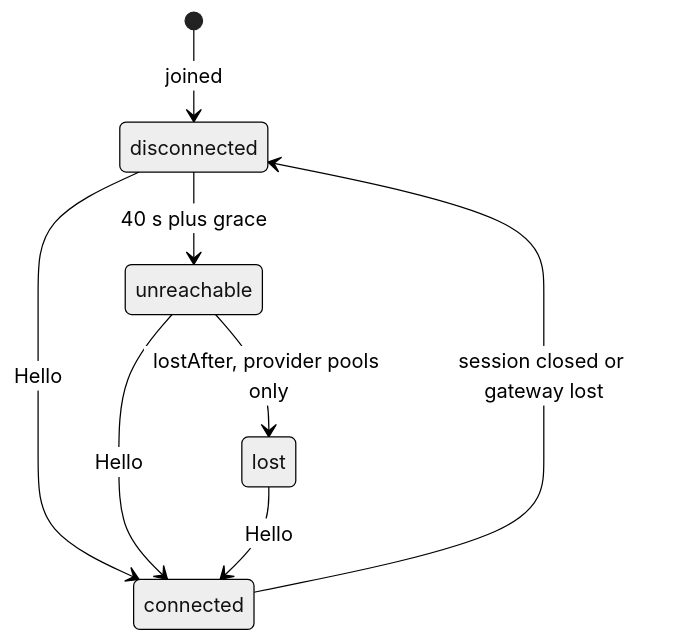
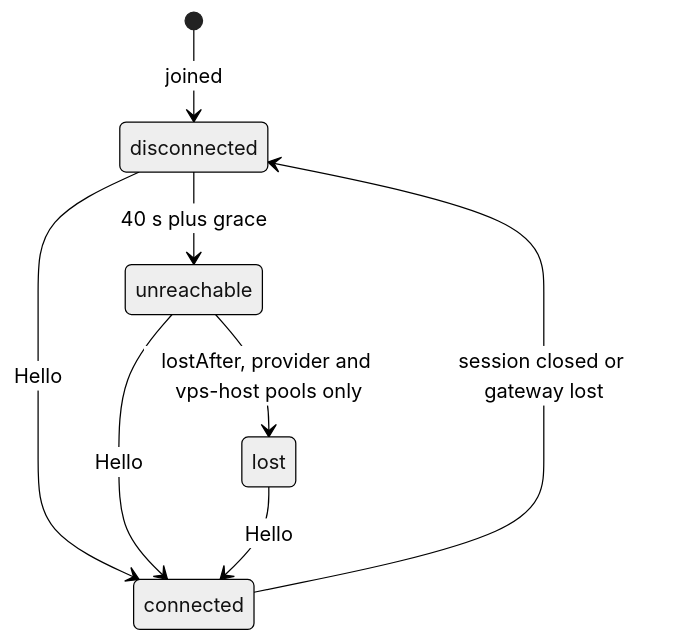
The diagram in apps/docs/content/docs/guides/nodes/operating-nodes.mdx (Better-Compute/better-compute), drawn with Mermaid (neutral theme) before and after one commit. The commit also changed other lines of this file and 11 other files, not shown here.

First line of the commit message:
docs: catch up with remoteMcpIam, admission refresh, the scheduler role and vps-host loss

````diff
--- a/apps/docs/content/docs/guides/nodes/operating-nodes.mdx
+++ b/apps/docs/content/docs/guides/nodes/operating-nodes.mdx
@@ -121,10 +121,10 @@
 ```mermaid
 stateDiagram-v2
   [*] --> disconnected: joined
   disconnected --> connected: Hello
   connected --> disconnected: session closed or gateway lost
   disconnected --> unreachable: 40 s plus grace
-  unreachable --> lost: lostAfter, provider pools only
+  unreachable --> lost: lostAfter, provider and vps-host pools only
   unreachable --> connected: Hello
   lost --> connected: Hello
 ```
````
